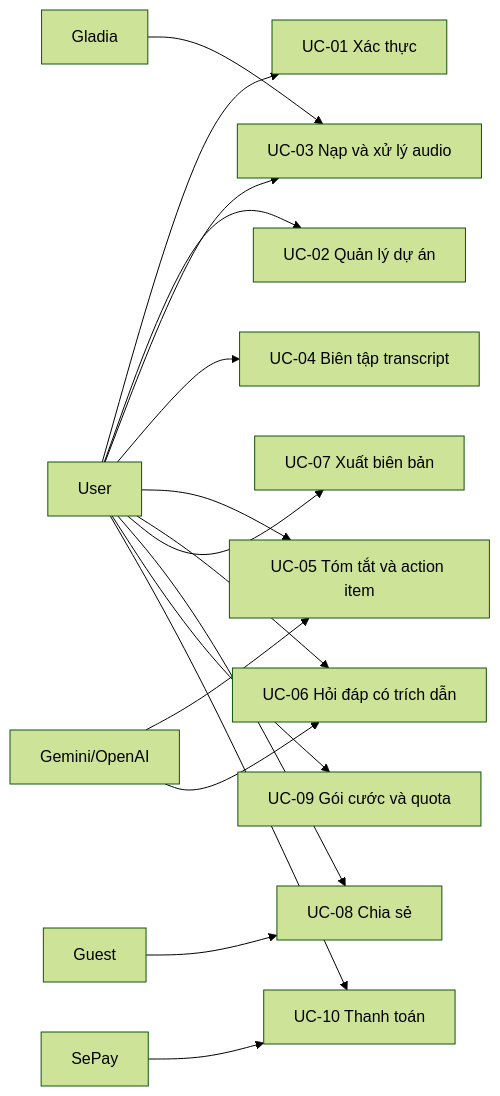
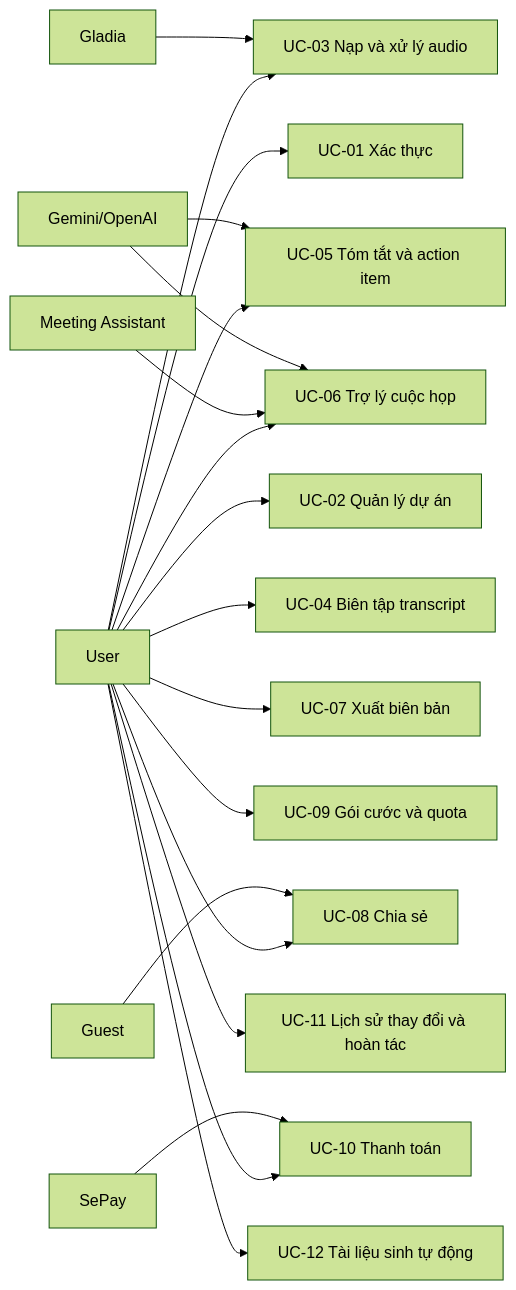
One commit to plxgplxgplxg/meeting-voice-assistant changed the diagram in docs/01-requirements/use-cases.md. Above: the diagram before and after it, drawn with Mermaid (forest theme). The commit also changed other lines of this file and 234 other files, not shown here.

````diff
--- a/docs/01-requirements/use-cases.md
+++ b/docs/01-requirements/use-cases.md
@@ -18,18 +19,21 @@
 ```mermaid
 flowchart LR
     User --> UC01[UC-01 Xác thực]
     User --> UC02[UC-02 Quản lý dự án]
     User --> UC03[UC-03 Nạp và xử lý audio]
     User --> UC04[UC-04 Biên tập transcript]
     User --> UC05[UC-05 Tóm tắt và action item]
-    User --> UC06[UC-06 Hỏi đáp có trích dẫn]
+    User --> UC06[UC-06 Trợ lý cuộc họp]
     User --> UC07[UC-07 Xuất biên bản]
     User --> UC08[UC-08 Chia sẻ]
     User --> UC09[UC-09 Gói cước và quota]
     User --> UC10[UC-10 Thanh toán]
+    User --> UC11[UC-11 Lịch sử thay đổi và hoàn tác]
+    User --> UC12[UC-12 Tài liệu sinh tự động]
+    Assistant[Meeting Assistant] --> UC06
     Gladia --> UC03
     Gemini[Gemini/OpenAI] --> UC05
     Gemini --> UC06
     SePay --> UC10
     Guest --> UC08
 ```
````
